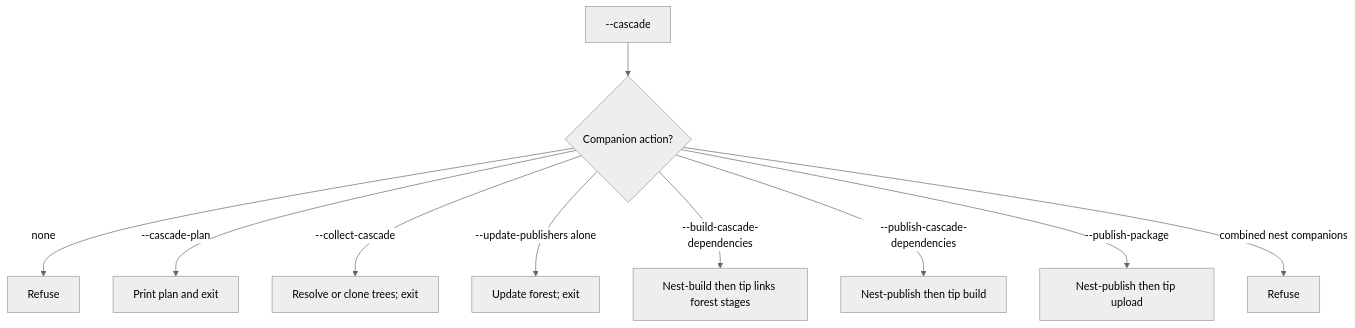
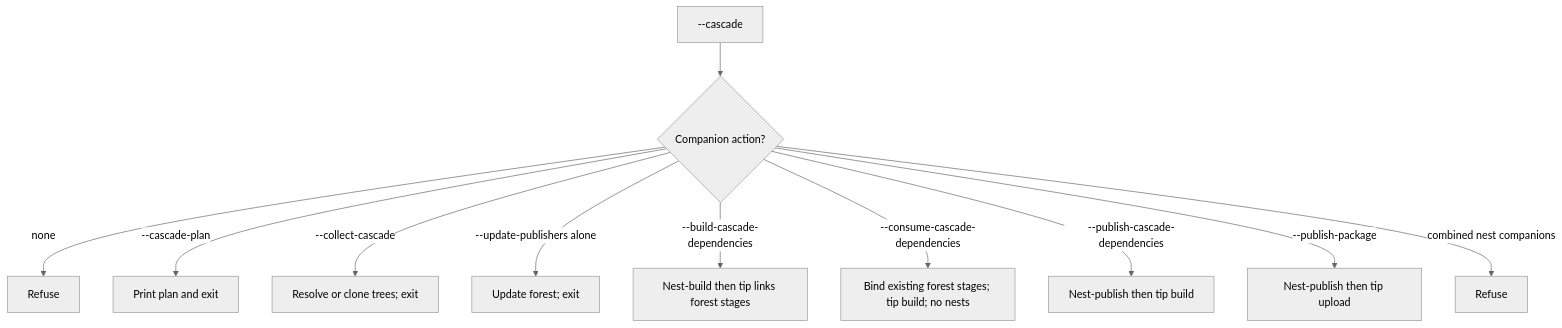
The first of 4 diagrams in docs/modules/ROOT/pages/dependencies/publishing/cascade.adoc (ja11sop/cuppa), drawn with Mermaid (neutral theme) before and after one commit. The commit also changed other lines of this file and 19 other files, not shown here.

First line of the commit message:
Bind tip builds to forest stages without nesting (#376)

```diff
--- a/docs/modules/ROOT/pages/dependencies/publishing/cascade.adoc
+++ b/docs/modules/ROOT/pages/dependencies/publishing/cascade.adoc
@@ -129,14 +140,15 @@
 [mermaid]
 ....
 flowchart TD
   enable["--cascade"]
   enable --> choose{Companion action?}
   choose -->|none| refuse[Refuse]
   choose -->|--cascade-plan| plan[Print plan and exit]
   choose -->|--collect-cascade| collect[Resolve or clone trees; exit]
   choose -->|--update-publishers alone| update[Update forest; exit]
   choose -->|--build-cascade-dependencies| nestBuildOnly[Nest-build then tip links forest stages]
+  choose -->|--consume-cascade-dependencies| bindOnly[Bind existing forest stages; tip build; no nests]
   choose -->|--publish-cascade-dependencies| nestPublishBuild[Nest-publish then tip build]
   choose -->|--publish-package| nestUpload[Nest-publish then tip upload]
   choose -->|combined nest companions| refuseBoth[Refuse]
 ....
```
